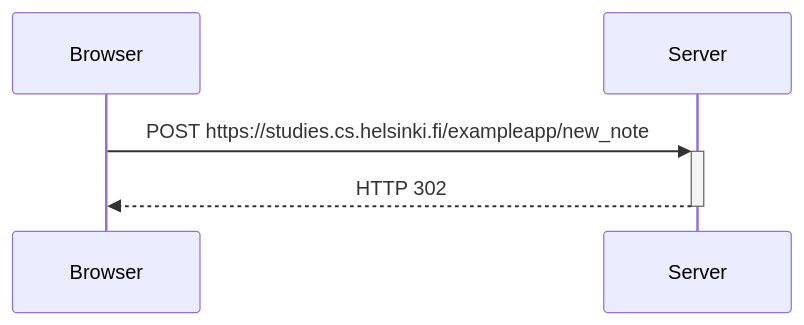
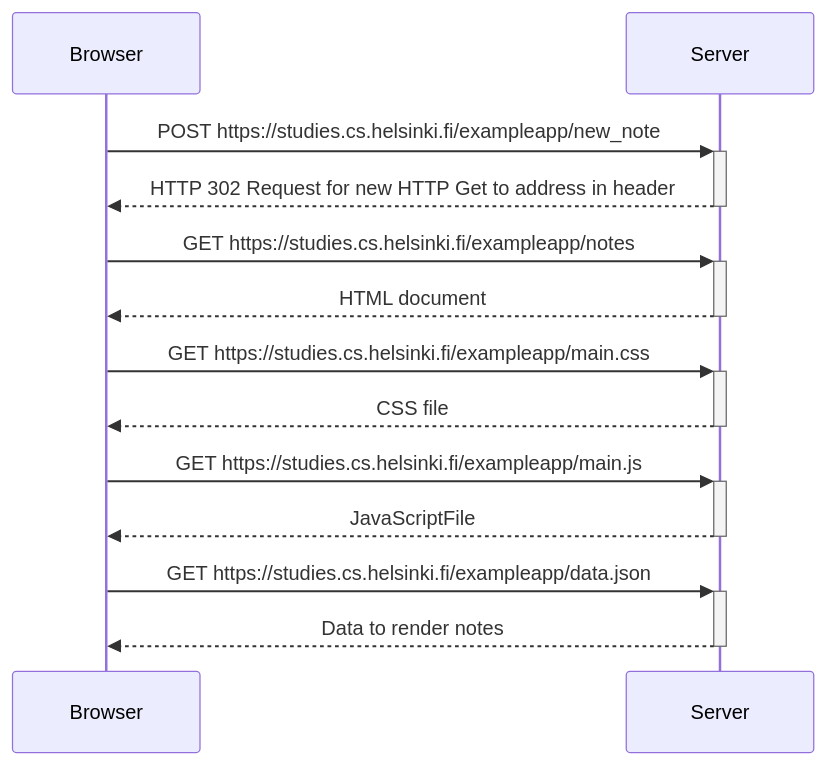
Before and after one commit to JoaoaoJ99/OpenFullStack: the diagram in part0/0.4.md, drawn with Mermaid.

````diff
--- a/part0/0.4.md
+++ b/part0/0.4.md
@@ -1,5 +1,13 @@
 ```mermaid
 sequenceDiagram
     Browser->>+Server: POST https://studies.cs.helsinki.fi/exampleapp/new_note
-    Server-->>-Browser: HTTP 302
+    Server-->>-Browser: HTTP 302 Request for new HTTP Get to address in header
+    Browser->>+Server: GET https://studies.cs.helsinki.fi/exampleapp/notes
+    Server-->>-Browser: HTML document
+    Browser->>+Server: GET https://studies.cs.helsinki.fi/exampleapp/main.css
+    Server-->>-Browser: CSS file
+    Browser->>+Server: GET https://studies.cs.helsinki.fi/exampleapp/main.js
+    Server-->>-Browser: JavaScriptFile
+    Browser->>+Server: GET https://studies.cs.helsinki.fi/exampleapp/data.json
+    Server-->>-Browser: Data to render notes
 ```
````
